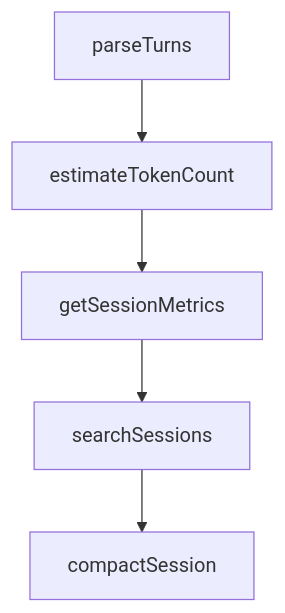
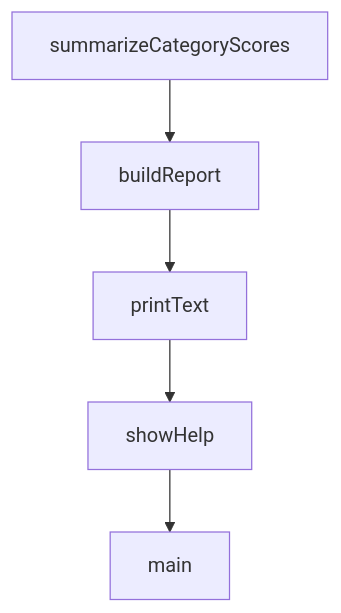
Before and after one commit to johnxie/awesome-code-docs: the diagram in tutorials/everything-claude-code-tutorial/02-architecture-and-component-topology.md, drawn with Mermaid. The commit also changed other lines of this file and 1232 other files, not shown here.

````diff
--- a/tutorials/everything-claude-code-tutorial/02-architecture-and-component-topology.md
+++ b/tutorials/everything-claude-code-tutorial/02-architecture-and-component-topology.md
@@ -219,12 +217,12 @@
 ```mermaid
 flowchart TD
-    A[parseTurns]
-    B[estimateTokenCount]
-    C[getSessionMetrics]
-    D[searchSessions]
-    E[compactSession]
+    A[summarizeCategoryScores]
+    B[buildReport]
+    C[printText]
+    D[showHelp]
+    E[main]
     A --> B
     B --> C
     C --> D
     D --> E
 ```
````
